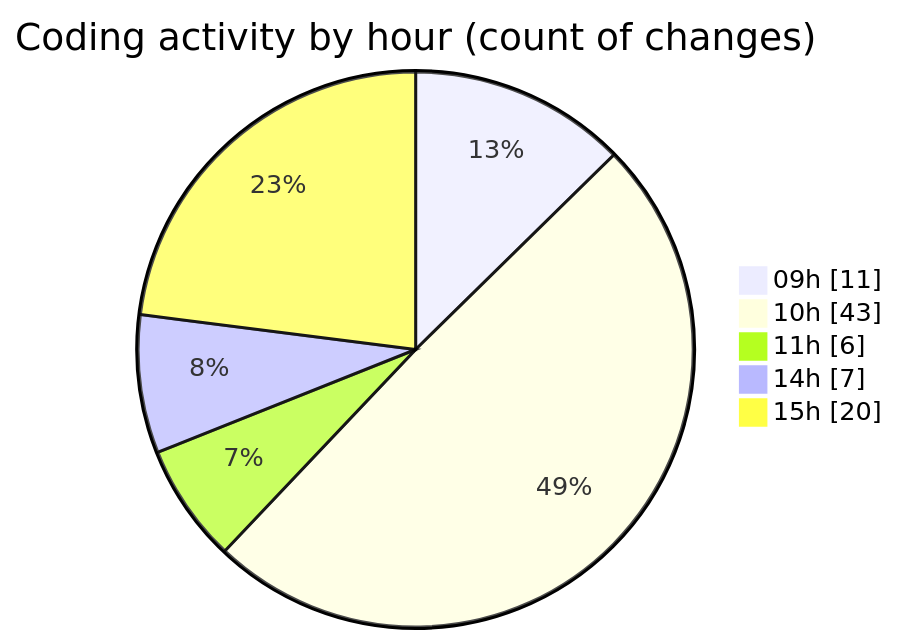
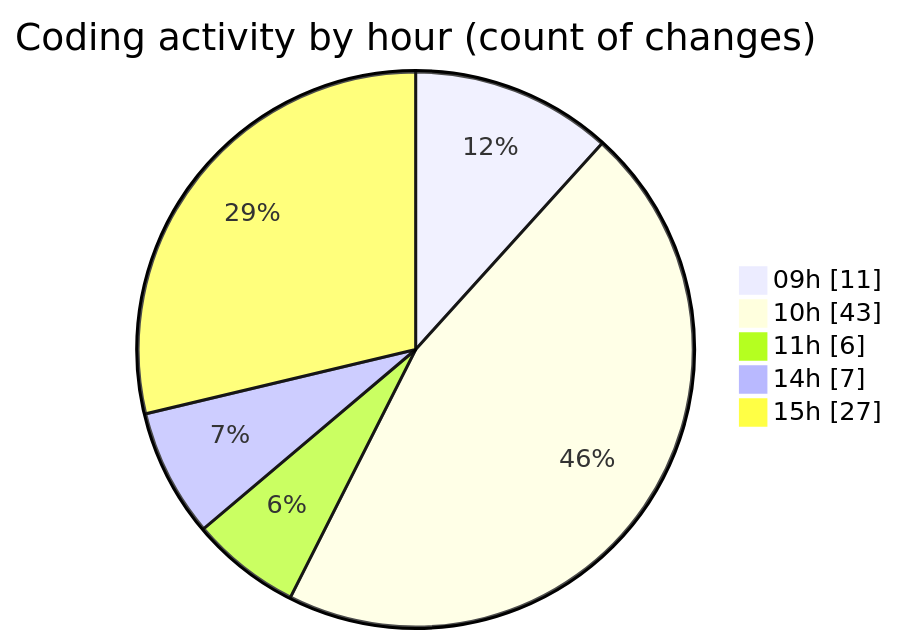
One commit to CELIANVF/code-tracking changed the second of 2 diagrams in 2025-05-27/ecodeli-1/README.md. Above: the diagram before and after it, drawn with Mermaid. The commit also changed other lines of this file and 1 other file, not shown here.

````diff
--- a/2025-05-27/ecodeli-1/README.md
+++ b/2025-05-27/ecodeli-1/README.md
@@ -53,9 +54,9 @@
 ```mermaid
 pie showData
 title Coding activity by hour (count of changes)
 "09h" : 11
 "10h" : 43
 "11h" : 6
 "14h" : 7
-"15h" : 20
+"15h" : 27
 ```
````
